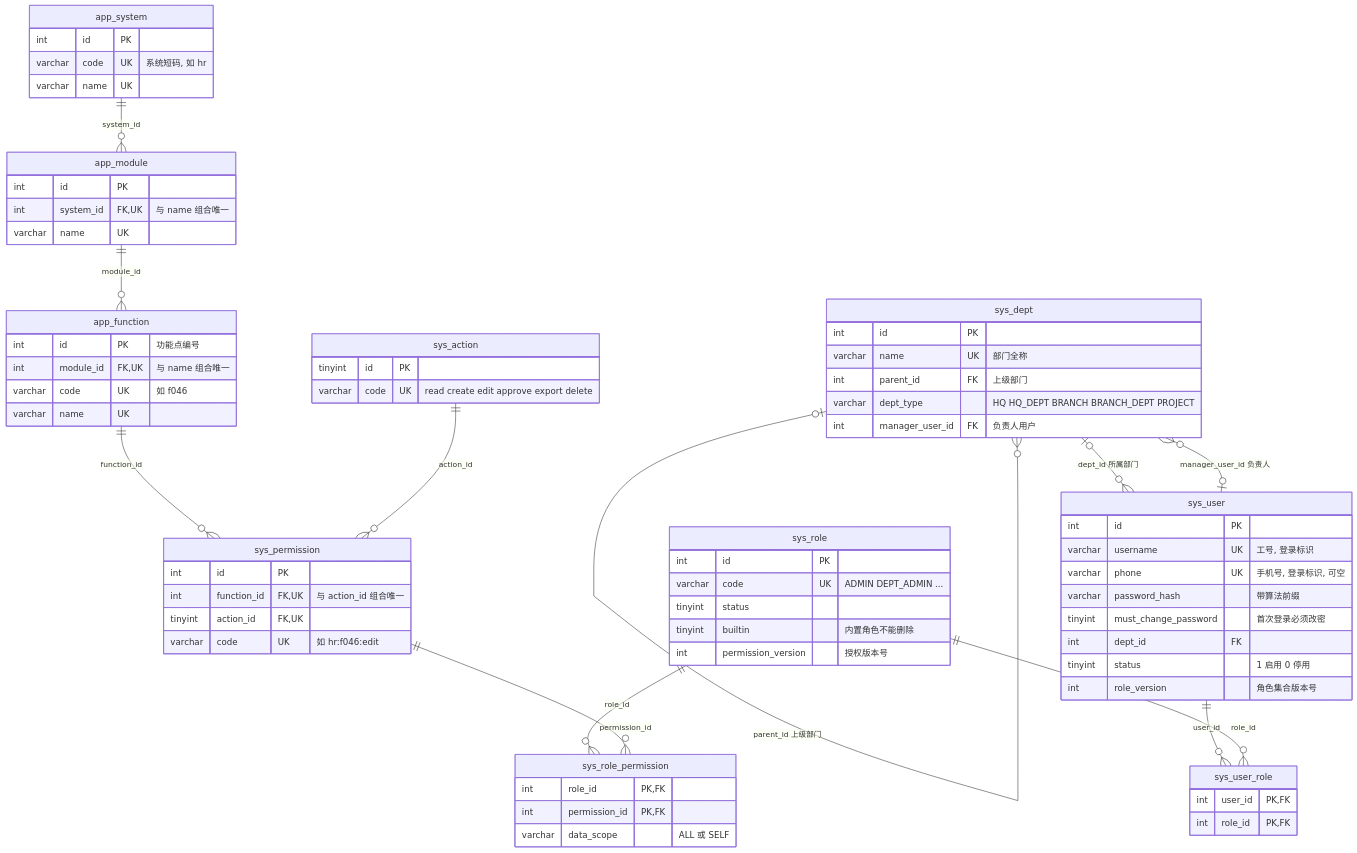
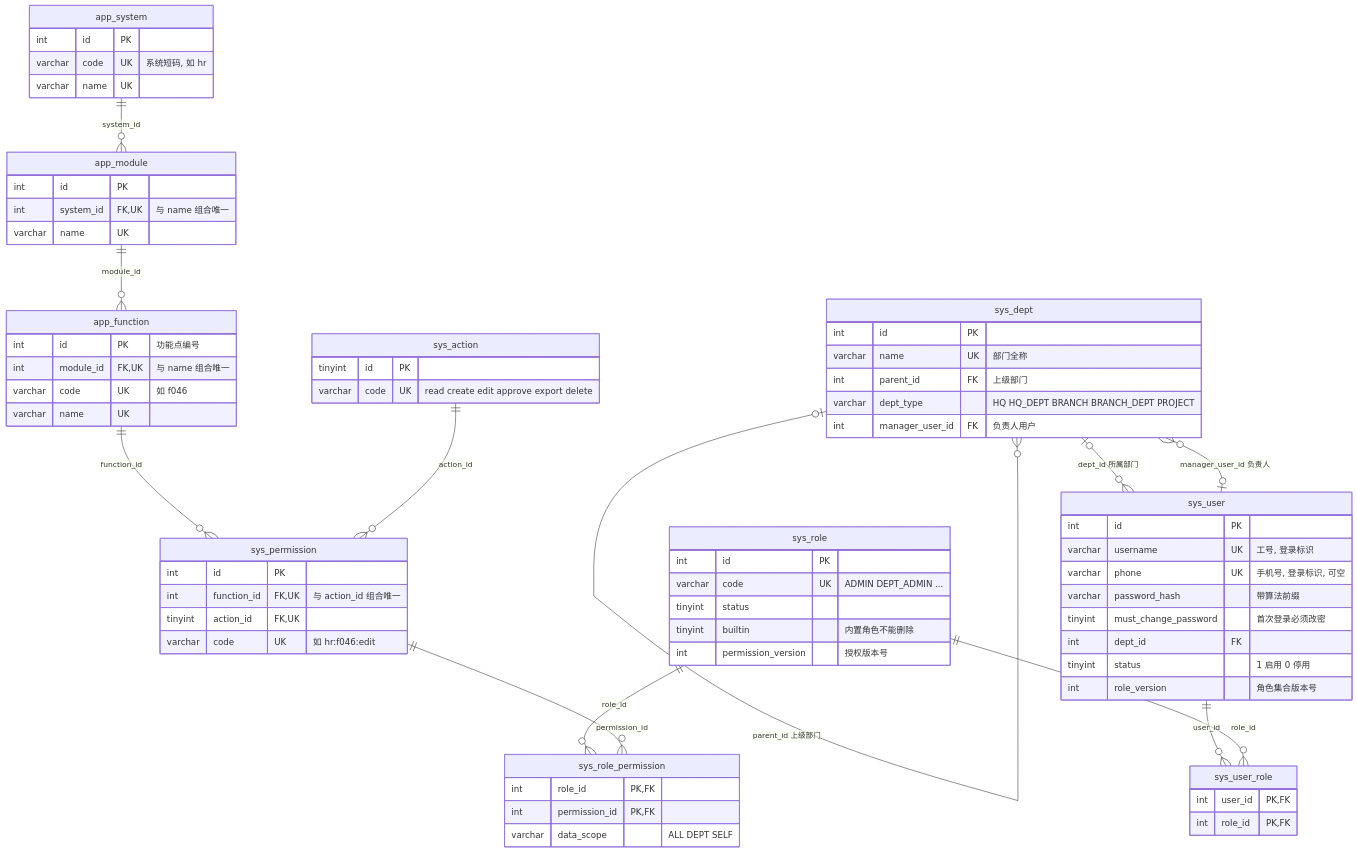
The diagram in docs/database/data-dictionary.md (wenjiu-leng66/OO-d), drawn with Mermaid before and after one commit. The commit also changed other lines of this file and 2 other files, not shown here.

````diff
--- a/docs/database/data-dictionary.md
+++ b/docs/database/data-dictionary.md
@@ -15,74 +15,74 @@
 ```mermaid
 erDiagram
     sys_dept |o--o{ sys_dept : "parent_id 上级部门"
     sys_dept |o--o{ sys_user : "dept_id 所属部门"
     sys_user |o--o{ sys_dept : "manager_user_id 负责人"
     sys_user ||--o{ sys_user_role : "user_id"
     sys_role ||--o{ sys_user_role : "role_id"
     sys_role ||--o{ sys_role_permission : "role_id"
     sys_permission ||--o{ sys_role_permission : "permission_id"
     app_system ||--o{ app_module : "system_id"
     app_module ||--o{ app_function : "module_id"
     app_function ||--o{ sys_permission : "function_id"
     sys_action ||--o{ sys_permission : "action_id"
 
     sys_dept {
         int id PK
         varchar name UK "部门全称"
         int parent_id FK "上级部门"
         varchar dept_type "HQ HQ_DEPT BRANCH BRANCH_DEPT PROJECT"
         int manager_user_id FK "负责人用户"
     }
     sys_user {
         int id PK
         varchar username UK "工号, 登录标识"
         varchar phone UK "手机号, 登录标识, 可空"
         varchar password_hash "带算法前缀"
         tinyint must_change_password "首次登录必须改密"
         int dept_id FK
         tinyint status "1 启用 0 停用"
         int role_version "角色集合版本号"
     }
     sys_role {
         int id PK
         varchar code UK "ADMIN DEPT_ADMIN ..."
         tinyint status
         tinyint builtin "内置角色不能删除"
         int permission_version "授权版本号"
     }
     sys_user_role {
         int user_id PK, FK
         int role_id PK, FK
     }
     app_system {
         int id PK
         varchar code UK "系统短码, 如 hr"
         varchar name UK
     }
     app_module {
         int id PK
         int system_id FK, UK "与 name 组合唯一"
         varchar name UK
     }
     app_function {
         int id PK "功能点编号"
         int module_id FK, UK "与 name 组合唯一"
         varchar code UK "如 f046"
         varchar name UK
     }
     sys_action {
         tinyint id PK
         varchar code UK "read create edit approve export delete"
     }
     sys_permission {
         int id PK
         int function_id FK, UK "与 action_id 组合唯一"
         tinyint action_id FK, UK
         varchar code UK "如 hr:f046:edit"
     }
     sys_role_permission {
         int role_id PK, FK
         int permission_id PK, FK
-        varchar data_scope "ALL 或 SELF"
+        varchar data_scope "ALL DEPT SELF"
     }
 ```
````
